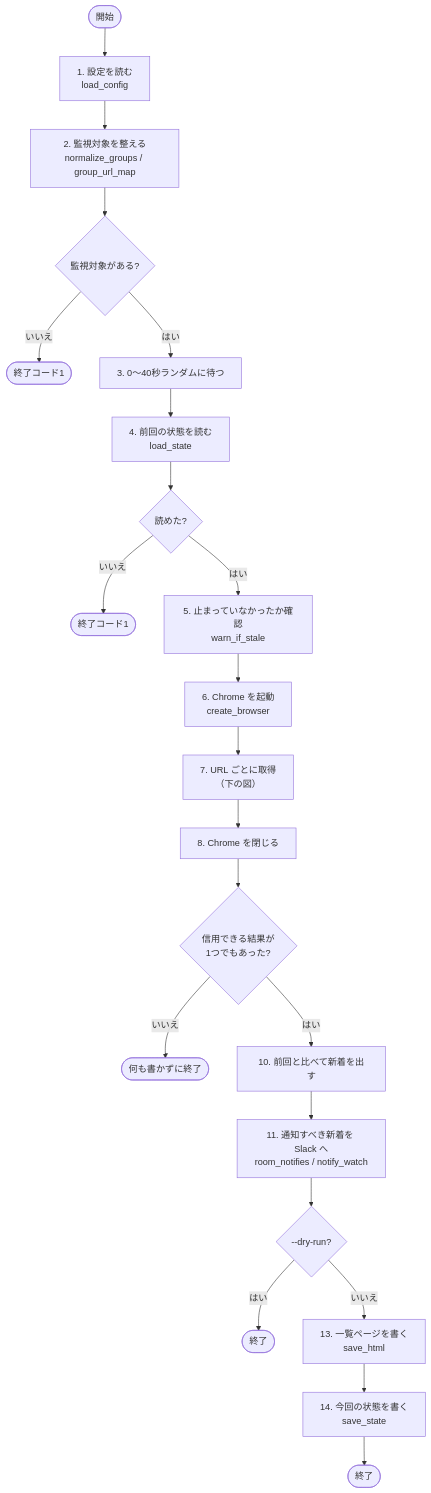
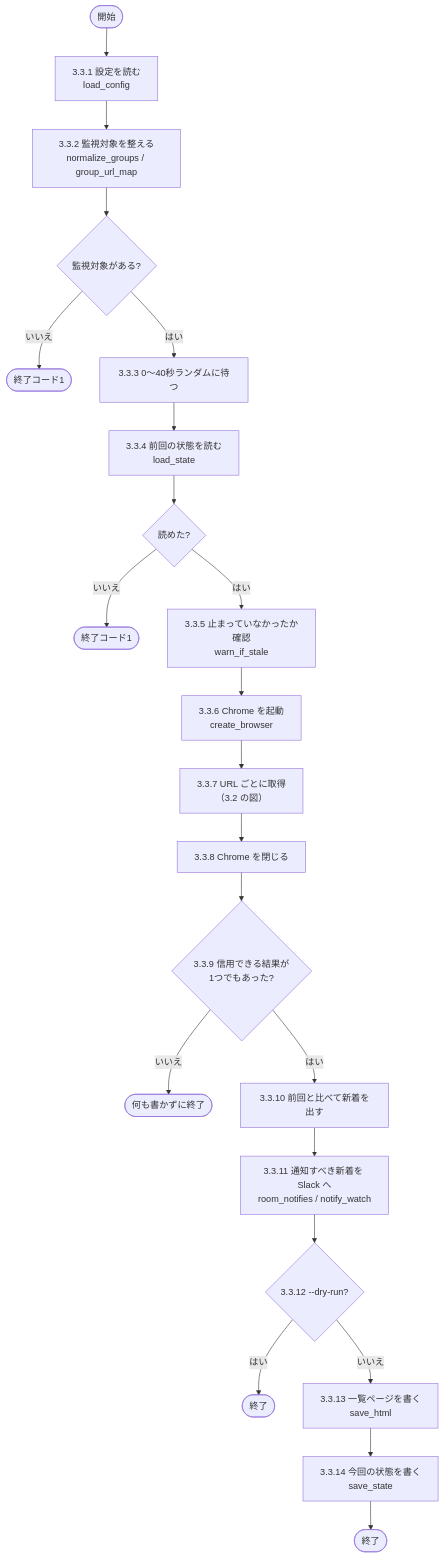
One commit to tama-create/ur-monitor changed the second of 3 diagrams in FLOW.md. Above: the diagram before and after it, drawn with Mermaid. The commit also changed other lines of this file, not shown here.

First line of the commit message:
FLOW.md の見出しに 1. / 1.1 / 1.1.1 の番号を付ける

````diff
--- a/FLOW.md
+++ b/FLOW.md
@@ -37,24 +39,24 @@
 ```mermaid
 flowchart TD
-    A([開始]) --> B["1. 設定を読む<br>load_config"]
-    B --> C["2. 監視対象を整える<br>normalize_groups / group_url_map"]
+    A([開始]) --> B["3.3.1 設定を読む<br>load_config"]
+    B --> C["3.3.2 監視対象を整える<br>normalize_groups / group_url_map"]
     C --> C2{監視対象がある?}
     C2 -- いいえ --> X1([終了コード1])
-    C2 -- はい --> D["3. 0〜40秒ランダムに待つ"]
-    D --> E["4. 前回の状態を読む<br>load_state"]
+    C2 -- はい --> D["3.3.3 0〜40秒ランダムに待つ"]
+    D --> E["3.3.4 前回の状態を読む<br>load_state"]
     E --> E2{読めた?}
     E2 -- いいえ --> X2([終了コード1])
-    E2 -- はい --> F["5. 止まっていなかったか確認<br>warn_if_stale"]
-    F --> G["6. Chrome を起動<br>create_browser"]
-    G --> H["7. URL ごとに取得<br>（下の図）"]
-    H --> I["8. Chrome を閉じる"]
-    I --> J{"信用できる結果が<br>1つでもあった?"}
+    E2 -- はい --> F["3.3.5 止まっていなかったか確認<br>warn_if_stale"]
+    F --> G["3.3.6 Chrome を起動<br>create_browser"]
+    G --> H["3.3.7 URL ごとに取得<br>（3.2 の図）"]
+    H --> I["3.3.8 Chrome を閉じる"]
+    I --> J{"3.3.9 信用できる結果が<br>1つでもあった?"}
     J -- いいえ --> Y([何も書かずに終了])
-    J -- はい --> K["10. 前回と比べて新着を出す"]
-    K --> L["11. 通知すべき新着を Slack へ<br>room_notifies / notify_watch"]
-    L --> M{--dry-run?}
+    J -- はい --> K["3.3.10 前回と比べて新着を出す"]
+    K --> L["3.3.11 通知すべき新着を Slack へ<br>room_notifies / notify_watch"]
+    L --> M{"3.3.12 --dry-run?"}
     M -- はい --> Z([終了])
-    M -- いいえ --> N["13. 一覧ページを書く<br>save_html"]
-    N --> O["14. 今回の状態を書く<br>save_state"]
+    M -- いいえ --> N["3.3.13 一覧ページを書く<br>save_html"]
+    N --> O["3.3.14 今回の状態を書く<br>save_state"]
     O --> Z2([終了])
 ```
````
